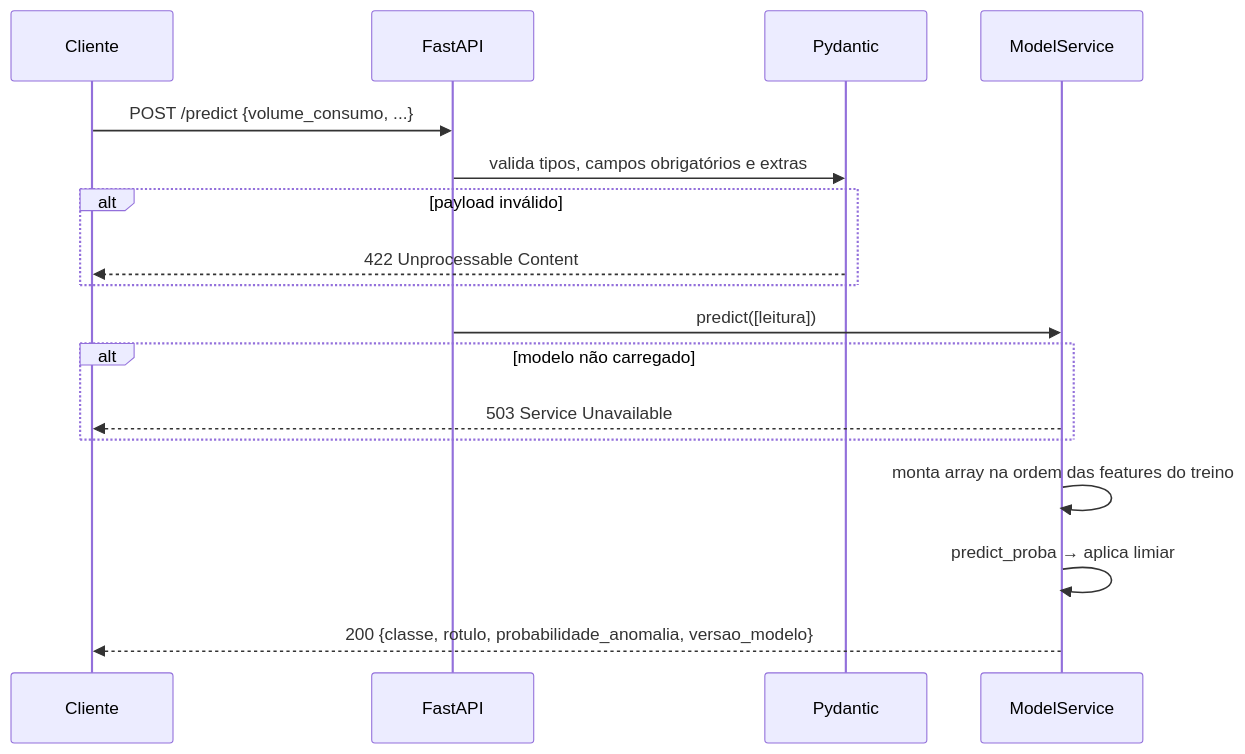
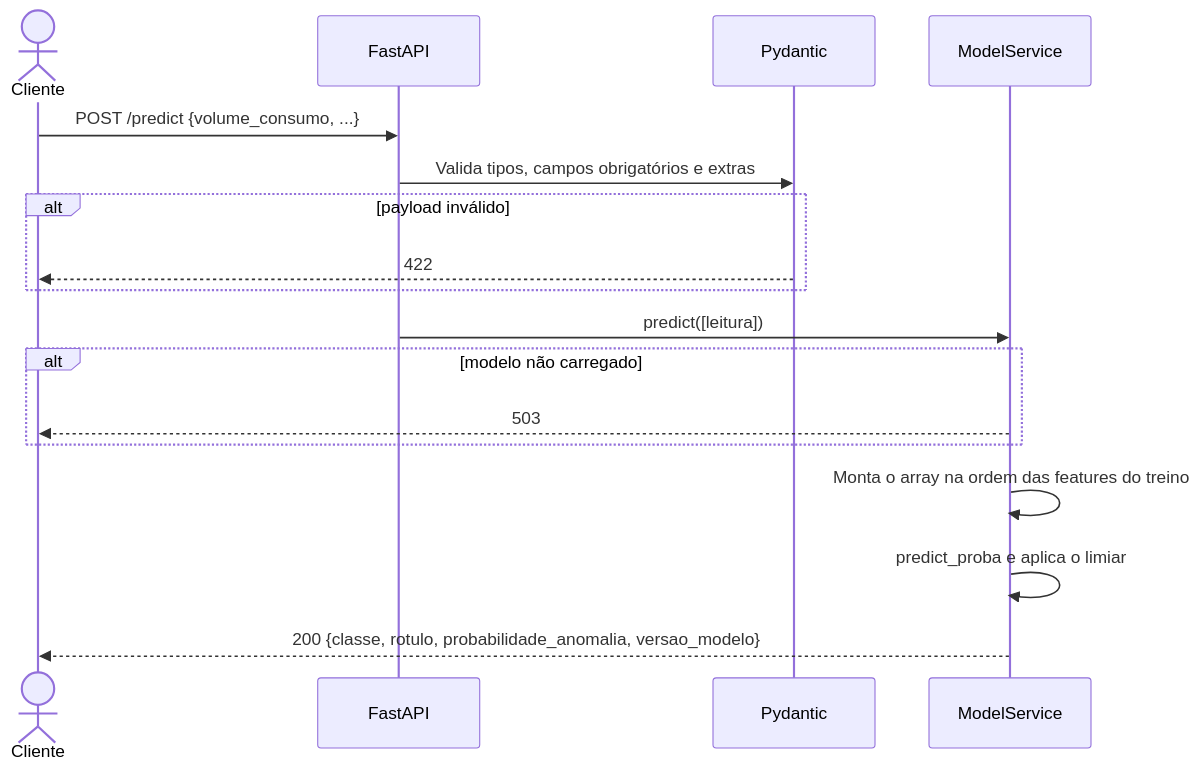
The third of 4 diagrams in README.md (MarieleV/scikit-learn-inference-service), drawn with Mermaid before and after one commit. The commit also changed other lines of this file, not shown here.

````diff
--- a/README.md
+++ b/README.md
@@ -72,19 +77,20 @@
 ```mermaid
 sequenceDiagram
-    participant C as Cliente
+    actor C as Cliente
     participant F as FastAPI
     participant V as Pydantic
     participant M as ModelService
+
     C->>F: POST /predict {volume_consumo, ...}
-    F->>V: valida tipos, campos obrigatórios e extras
+    F->>V: Valida tipos, campos obrigatórios e extras
     alt payload inválido
-        V-->>C: 422 Unprocessable Content
+        V-->>C: 422
     end
     F->>M: predict([leitura])
     alt modelo não carregado
-        M-->>C: 503 Service Unavailable
+        M-->>C: 503
     end
-    M->>M: monta array na ordem das features do treino
-    M->>M: predict_proba → aplica limiar
+    M->>M: Monta o array na ordem das features do treino
+    M->>M: predict_proba e aplica o limiar
     M-->>C: 200 {classe, rotulo, probabilidade_anomalia, versao_modelo}
 ```
````
